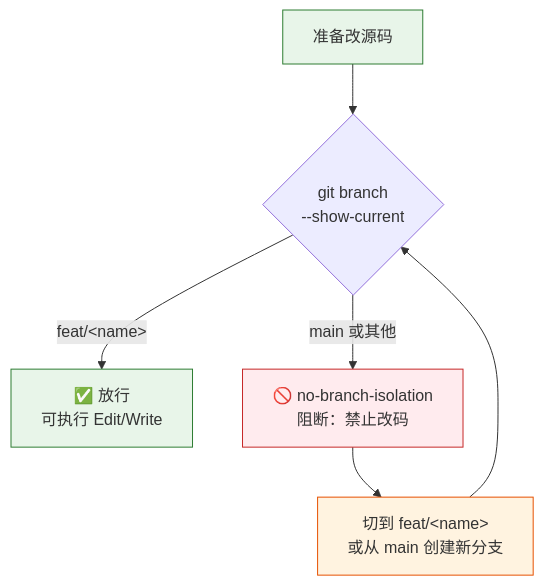
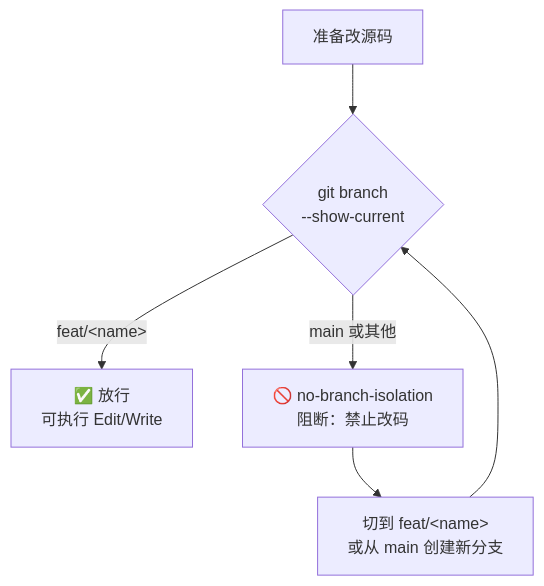
One commit to effiy/YrY changed the second of 10 diagrams in rules/code-pipeline.md. Above: the diagram before and after it, drawn with Mermaid. The commit also changed other lines of this file and 61 other files, not shown here.

````diff
--- a/rules/code-pipeline.md
+++ b/rules/code-pipeline.md
@@ -71,13 +68,9 @@
 ```mermaid
 flowchart TB
     START["准备改源码"]:::src --> CHECK{"git branch<br/>--show-current"}
     CHECK -->|"feat/&lt;name&gt;"| PASS["✅ 放行<br/>可执行 Edit/Write"]:::pass
     CHECK -->|"main 或其他"| BLOCK["🚫 no-branch-isolation<br/>阻断：禁止改码"]:::block
     BLOCK --> FIX["切到 feat/&lt;name&gt;<br/>或从 main 创建新分支"]:::fix
     FIX --> CHECK
 
-    classDef src fill:#e8f5e9,stroke:#2e7d32;
-    classDef pass fill:#e8f5e9,stroke:#2e7d32;
-    classDef block fill:#ffebee,stroke:#c62828;
-    classDef fix fill:#fff3e0,stroke:#e65100;
 ```
````
